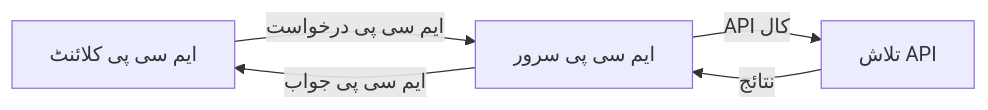
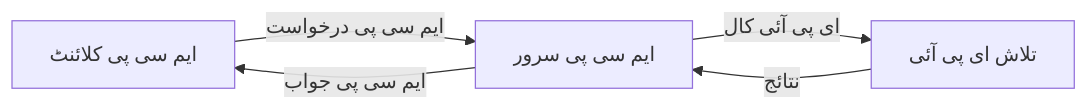
Before and after one commit to microsoft/mcp-for-beginners: the second of 4 diagrams in translations/ur/05-AdvancedTopics/mcp-realtimesearch/README.md, drawn with Mermaid. The commit also changed other lines of this file and 118 other files, not shown here.

````diff
--- a/translations/ur/05-AdvancedTopics/mcp-realtimesearch/README.md
+++ b/translations/ur/05-AdvancedTopics/mcp-realtimesearch/README.md
@@ -599,7 +600,7 @@
 ```mermaid
 graph LR
     Client[ایم سی پی کلائنٹ] --> |ایم سی پی درخواست| Server[ایم سی پی سرور]
-    Server --> |API کال| SearchAPI[تلاش API]
+    Server --> |ای پی آئی کال| SearchAPI[تلاش ای پی آئی]
     SearchAPI --> |نتائج| Server
     Server --> |ایم سی پی جواب| Client
 ```
````
